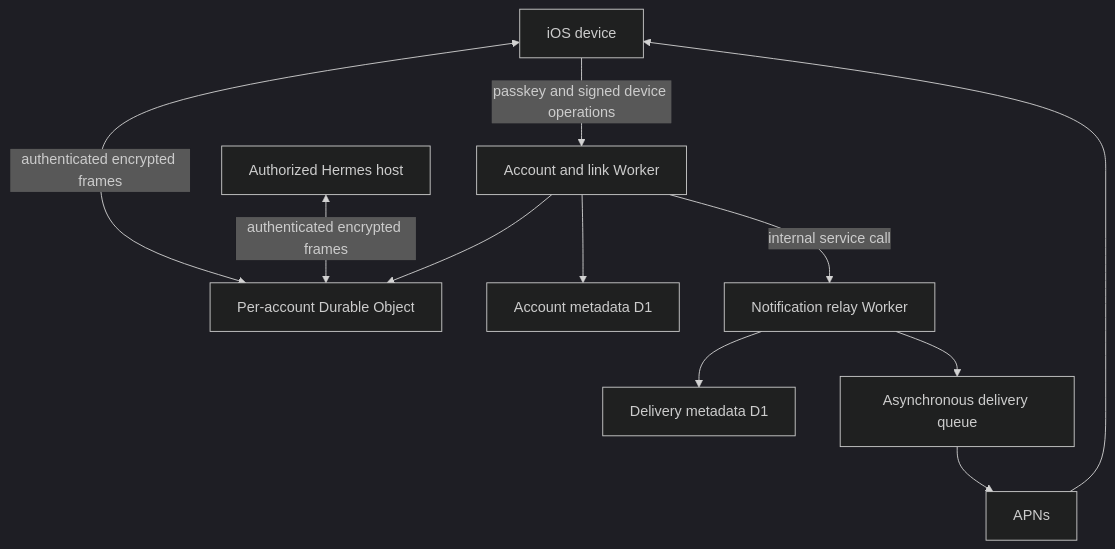
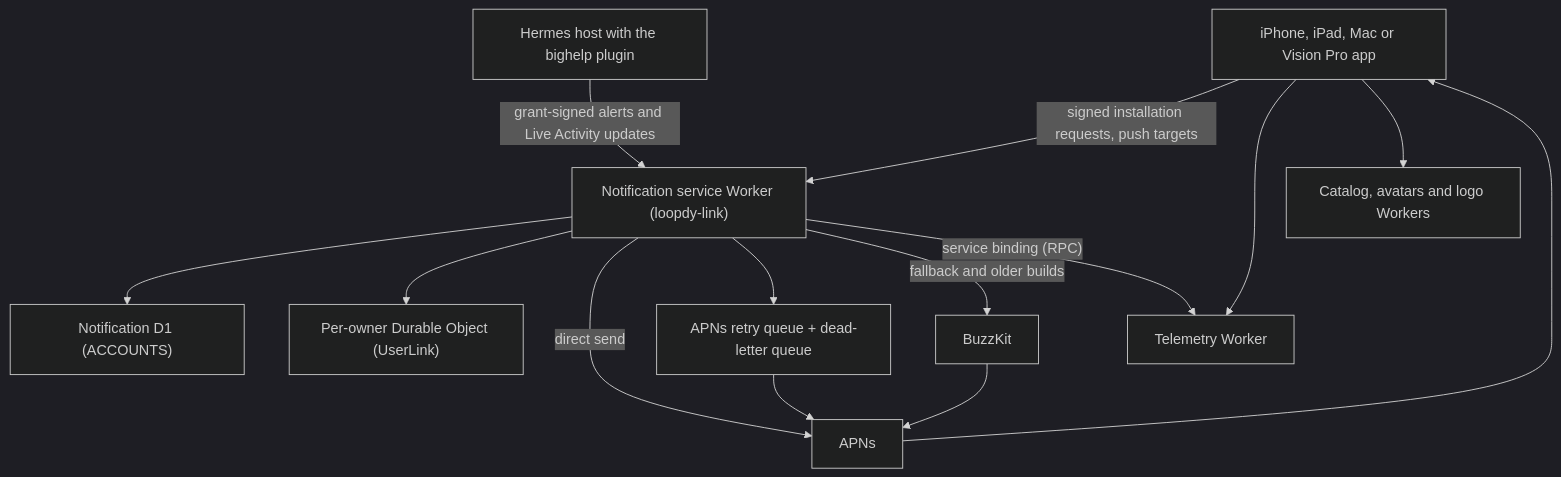
Before and after one commit to promptclickrun/bighelp: the diagram in docs/CLOUDFLARE_INFRASTRUCTURE.md, drawn with Mermaid (dark theme). The commit also changed other lines of this file and 28 other files, not shown here.

````diff
--- a/docs/CLOUDFLARE_INFRASTRUCTURE.md
+++ b/docs/CLOUDFLARE_INFRASTRUCTURE.md
@@ -34,23 +37,27 @@
 ```mermaid
 flowchart TB
-    IOS["iOS device"]
-    Host["Authorized Hermes host"]
-    Identity["Account and link Worker"]
-    DO["Per-account Durable Object"]
-    Accounts["Account metadata D1"]
-    Relay["Notification relay Worker"]
-    RelayDB["Delivery metadata D1"]
-    Queue["Asynchronous delivery queue"]
+    IOS["iPhone, iPad, Mac or Vision Pro app"]
+    Host["Hermes host with the bighelp plugin"]
+    Link["Notification service Worker (loopdy-link)"]
+    DO["Per-owner Durable Object (UserLink)"]
+    Accounts["Notification D1 (ACCOUNTS)"]
+    Retry["APNs retry queue + dead-letter queue"]
+    BuzzKit["BuzzKit"]
     APNS["APNs"]
+    Telemetry["Telemetry Worker"]
+    Static["Catalog, avatars and logo Workers"]
 
-    IOS -->|"passkey and signed device operations"| Identity
-    Identity --> Accounts
-    IOS <-->|"authenticated encrypted frames"| DO
-    Host <-->|"authenticated encrypted frames"| DO
-    Identity --> DO
-    Identity -->|"internal service call"| Relay
-    Relay --> RelayDB
-    Relay --> Queue
-    Queue --> APNS
+    IOS -->|"signed installation requests, push targets"| Link
+    Host -->|"grant-signed alerts and Live Activity updates"| Link
+    Link --> Accounts
+    Link --> DO
+    Link -->|"direct send"| APNS
+    Link --> Retry
+    Retry --> APNS
+    Link -->|"fallback and older builds"| BuzzKit
+    BuzzKit --> APNS
     APNS --> IOS
+    Link -->|"service binding (RPC)"| Telemetry
+    IOS --> Telemetry
+    IOS --> Static
 ```
````
